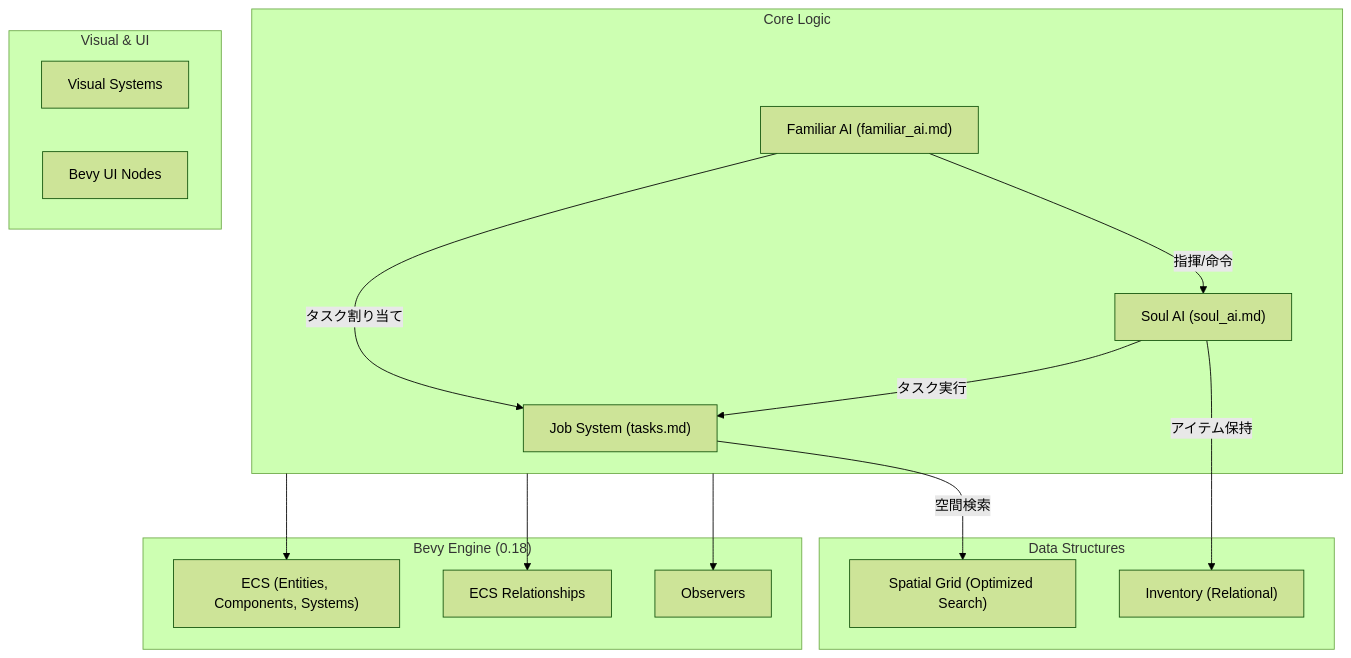
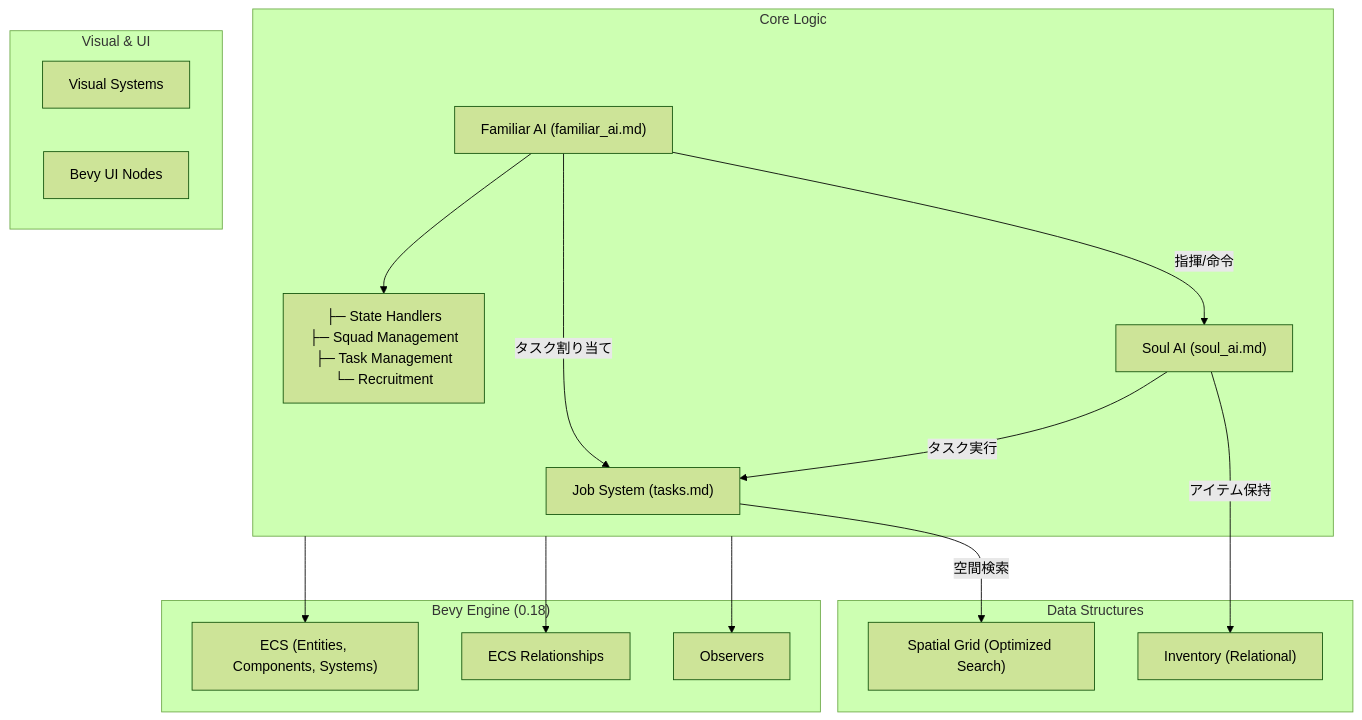
One commit to iaammssssstupiddddd-commits/hell-workers changed the diagram in docs/architecture.md. Above: the diagram before and after it, drawn with Mermaid (forest theme). The commit also changed 11 other files, not shown here.

````diff
--- a/docs/architecture.md
+++ b/docs/architecture.md
@@ -7,36 +7,39 @@
 ```mermaid
 graph TD
     subgraph Engine["Bevy Engine (0.18)"]
         ECS["ECS (Entities, Components, Systems)"]
         Rel["ECS Relationships"]
         Obs["Observers"]
     end
 
     subgraph Core["Core Logic"]
         Jobs["Job System (tasks.md)"]
         F_AI["Familiar AI (familiar_ai.md)"]
+        F_AI_Sub["├─ State Handlers<br/>├─ Squad Management<br/>├─ Task Management<br/>└─ Recruitment"]
         S_AI["Soul AI (soul_ai.md)"]
     end
+    
+    F_AI --> F_AI_Sub
 
     subgraph Data["Data Structures"]
         Grid["Spatial Grid (Optimized Search)"]
         Inventory["Inventory (Relational)"]
     end
 
     subgraph View["Visual & UI"]
         Visual["Visual Systems"]
         UI["Bevy UI Nodes"]
     end
 
     %% Relationships
     F_AI -->|指揮/命令| S_AI
     F_AI -->|タスク割り当て| Jobs
     S_AI -->|タスク実行| Jobs
     Jobs -->|空間検索| Grid
     S_AI -->|アイテム保持| Inventory
     
     %% Engine Integration
     Core --> ECS
     Core --> Rel
     Core --> Obs
 ```
````
